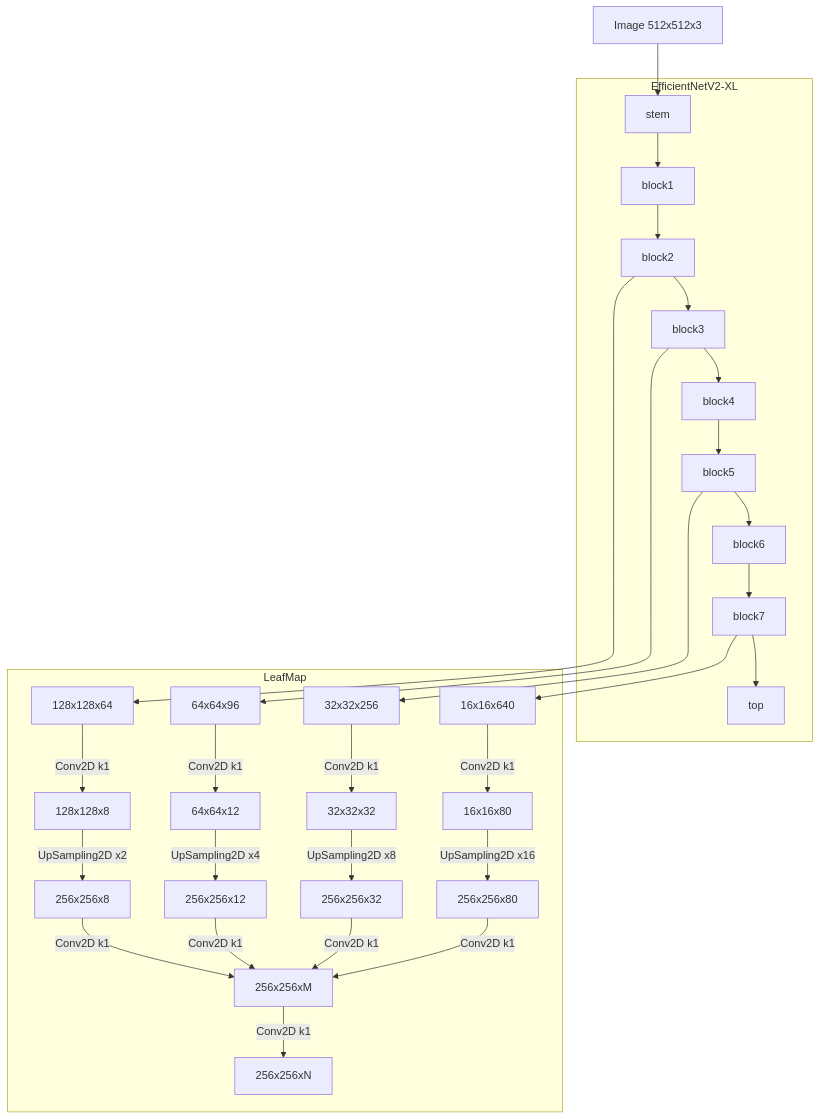
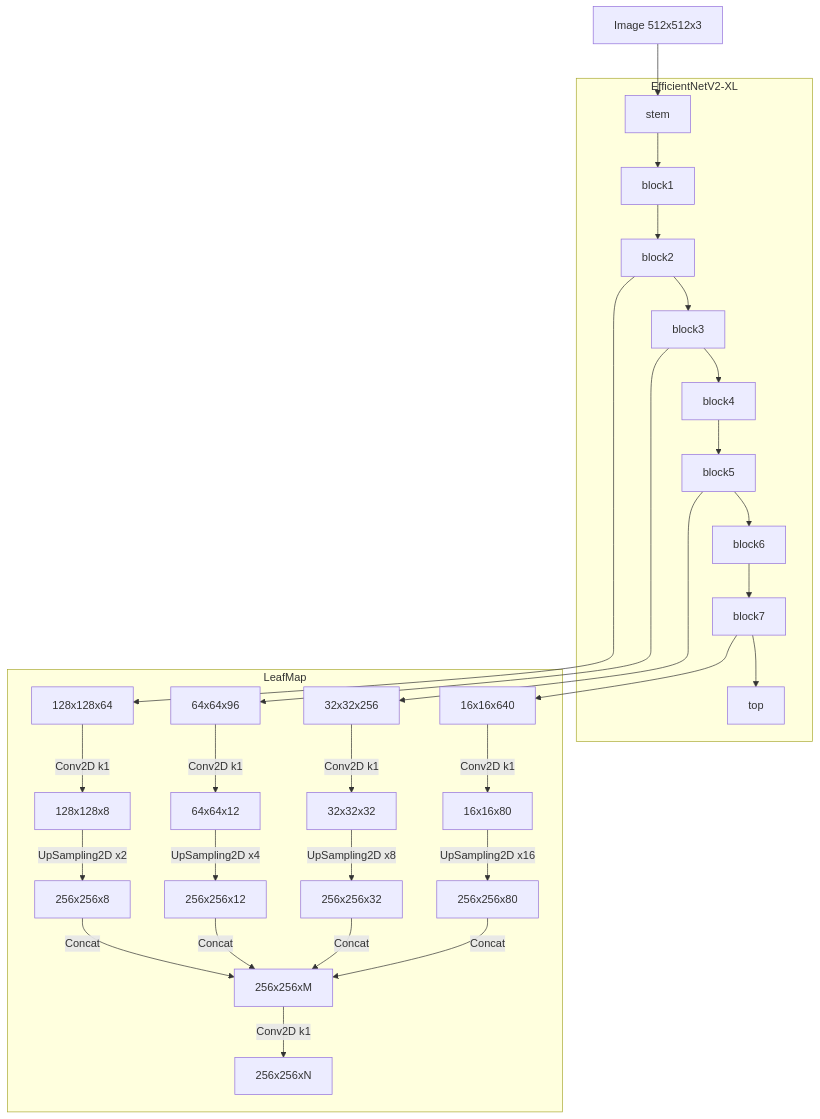
One commit to lithium0003/findtextCenterNet changed the first of 2 diagrams in README.md. Above: the diagram before and after it, drawn with Mermaid.

````diff
--- a/README.md
+++ b/README.md
@@ -28,26 +28,26 @@
 ```mermaid
   flowchart TD;
       Input[Image 512x512x3]-->stem;
       subgraph EfficientNetV2-XL;
         stem-->block1;
         block1-->block2;
         block2-->block3;
         block3-->block4;
         block4-->block5;
         block5-->block6;
         block6-->block7;
         block7-->top;
       end;
       block7 --> P5_in[16x16x640];
       block5 --> P4_in[32x32x256];
       block3 --> P3_in[64x64x96];
       block2 --> P2_in[128x128x64];
       subgraph LeafMap;
         P5_in -- Conv2D k1 --> P5[16x16x80] -- UpSampling2D x16 --> P5_out[256x256x80];
         P4_in -- Conv2D k1 --> P4[32x32x32] -- UpSampling2D x8 --> P4_out[256x256x32];
         P3_in -- Conv2D k1 --> P3[64x64x12] -- UpSampling2D x4 --> P3_out[256x256x12];
         P2_in -- Conv2D k1 --> P2[128x128x8] -- UpSampling2D x2 --> P2_out[256x256x8];
-        P5_out & P4_out & P3_out & P2_out -- Conv2D k1 --> top_out[256x256xM] -- Conv2D k1 --> LeafOut[256x256xN];
+        P5_out & P4_out & P3_out & P2_out -- Concat --> top_out[256x256xM] -- Conv2D k1 --> LeafOut[256x256xN];
       end;
 
 ```
````
